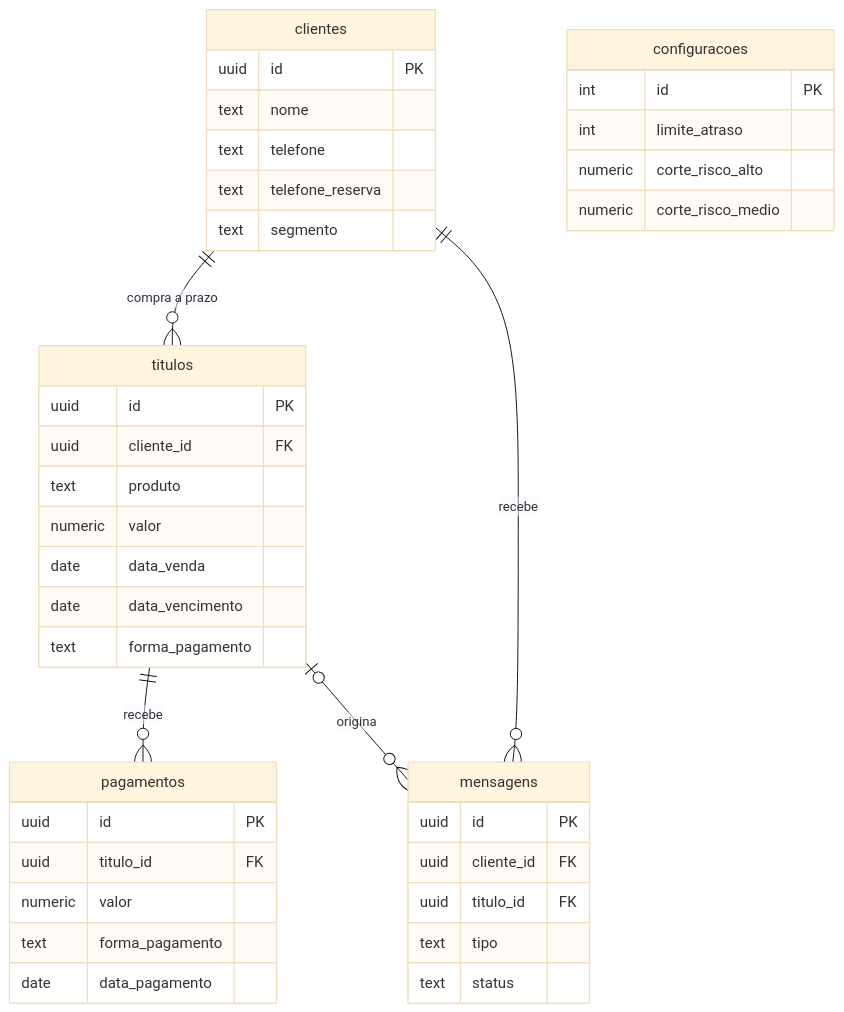
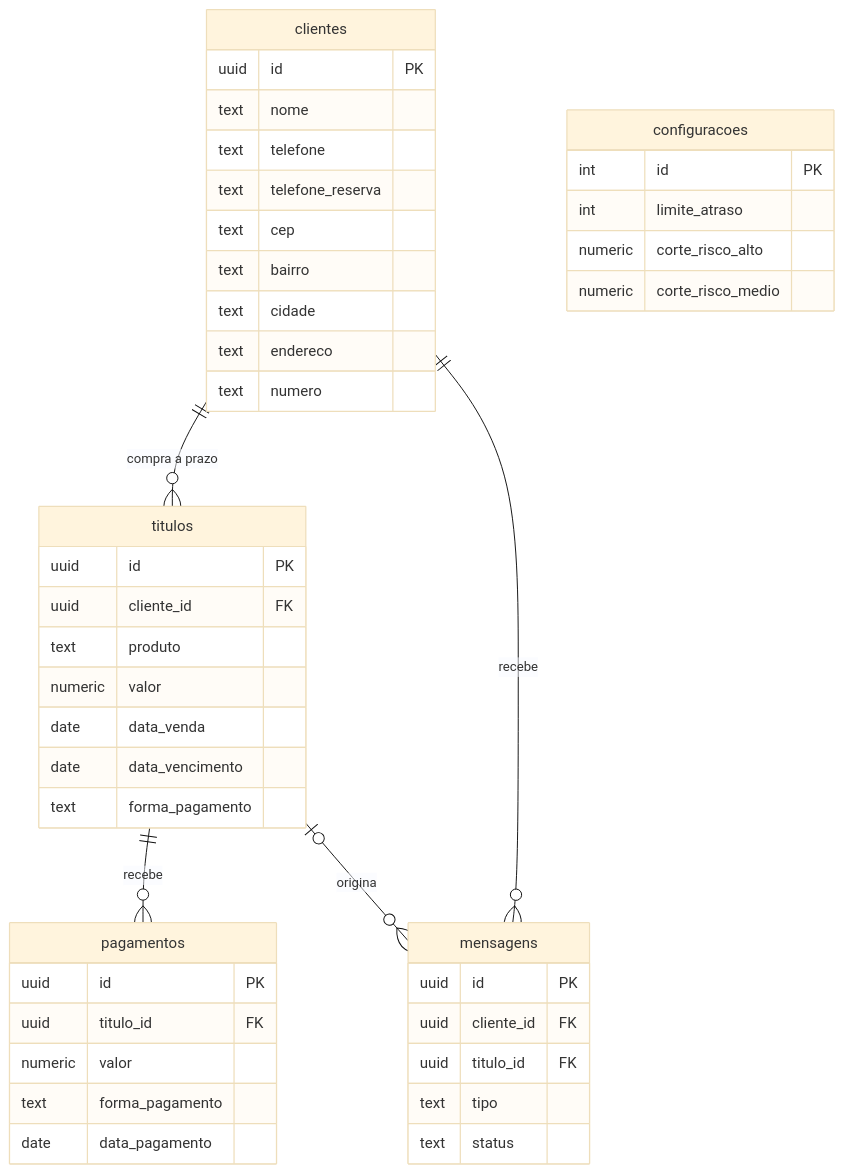
One commit to Kauesouzavr/Central-credito changed the diagram in README.md. Above: the diagram before and after it, drawn with Mermaid (base theme). The commit also changed other lines of this file and 42 other files, not shown here.

````diff
--- a/README.md
+++ b/README.md
@@ -69,44 +69,48 @@
 ```mermaid
 erDiagram
     clientes ||--o{ titulos : "compra a prazo"
     titulos ||--o{ pagamentos : "recebe"
     clientes ||--o{ mensagens : "recebe"
     titulos |o--o{ mensagens : "origina"
 
     clientes {
         uuid id PK
         text nome
         text telefone
         text telefone_reserva
-        text segmento
+        text cep
+        text bairro
+        text cidade
+        text endereco
+        text numero
     }
     titulos {
         uuid id PK
         uuid cliente_id FK
         text produto
         numeric valor
         date data_venda
         date data_vencimento
         text forma_pagamento
     }
     pagamentos {
         uuid id PK
         uuid titulo_id FK
         numeric valor
         text forma_pagamento
         date data_pagamento
     }
     mensagens {
         uuid id PK
         uuid cliente_id FK
         uuid titulo_id FK
         text tipo
         text status
     }
     configuracoes {
         int id PK
         int limite_atraso
         numeric corte_risco_alto
         numeric corte_risco_medio
     }
 ```
````
